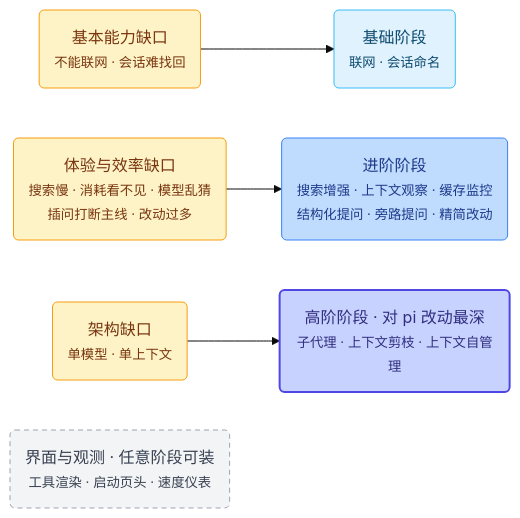
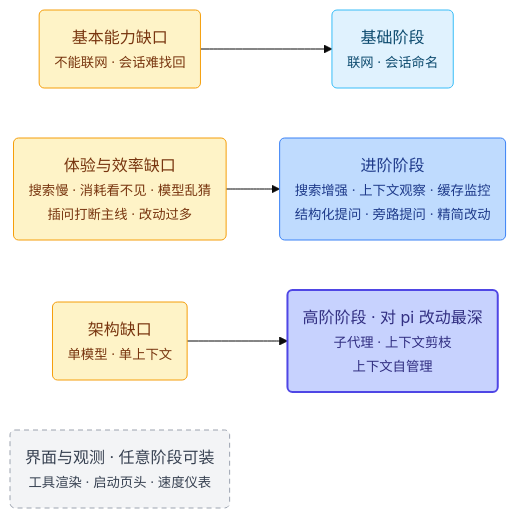
Before and after one commit to Jerry2003sky/pi-playbook: the first of 2 diagrams in docs/01-理念与路线.md, drawn with Mermaid (base theme). The commit also changed other lines of this file and 3 other files, not shown here.

````diff
--- a/docs/01-理念与路线.md
+++ b/docs/01-理念与路线.md
@@ -49,18 +49,18 @@
 ```mermaid
 flowchart LR
     G1("基本能力缺口<br/><small>不能联网 · 会话难找回</small>") --> S1("基础阶段<br/><small>联网 · 会话命名</small>")
     G2("体验与效率缺口<br/><small>搜索慢 · 消耗看不见 · 模型乱猜<br/>插问打断主线 · 改动过多</small>") --> S2("进阶阶段<br/><small>搜索增强 · 上下文观察 · 缓存监控<br/>结构化提问 · 旁路提问 · 精简改动</small>")
-    G3("架构缺口<br/><small>单模型 · 单上下文</small>") --> S3("高阶阶段 · 对 pi 改动最深<br/><small>子代理 · 上下文剪枝 · 上下文自管理</small>")
+    G3("架构缺口<br/><small>单模型 · 单上下文</small>") --> S3("高阶阶段 · 对 pi 改动最深<br/><small>子代理 · 上下文剪枝<br/>上下文自管理</small>")
     UI("界面与观测 · 任意阶段可装<br/><small>工具渲染 · 启动页头 · 速度仪表</small>")
 
     classDef gap fill:#fef3c7,stroke:#f59e0b,color:#78350f
     classDef s1 fill:#e0f2fe,stroke:#38bdf8,color:#0c4a6e
     classDef s2 fill:#bfdbfe,stroke:#3b82f6,color:#1e3a8a
     classDef s3 fill:#c7d2fe,stroke:#4f46e5,stroke-width:2px,color:#312e81
     classDef side fill:#f3f4f6,stroke:#9ca3af,stroke-dasharray:5 4,color:#374151
     class G1,G2,G3 gap
     class S1 s1
     class S2 s2
     class S3 s3
     class UI side
 ```
````
